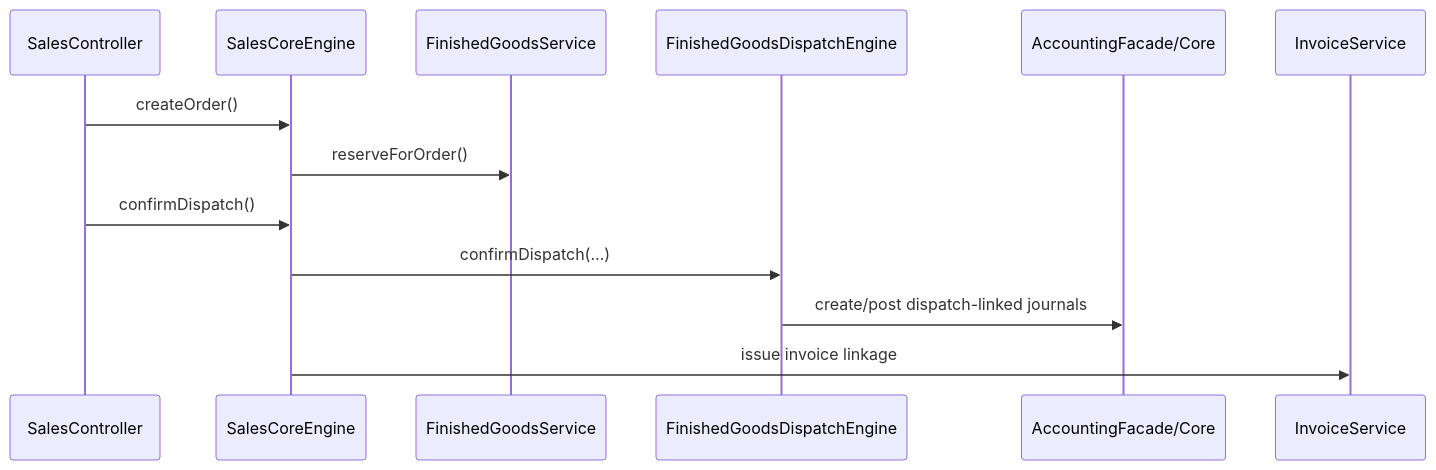
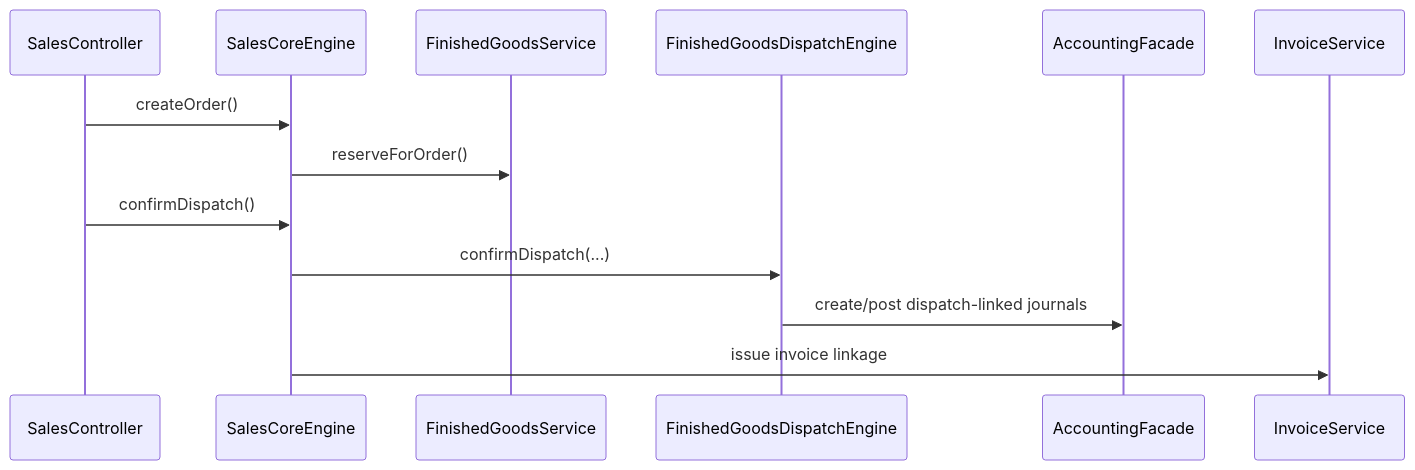
One commit to anasibnanwar-XYE/bigbrightpaints-erp changed the second of 8 diagrams in docs/ARCHITECTURE.md. Above: the diagram before and after it, drawn with Mermaid. The commit also changed other lines of this file and 2 other files, not shown here.

First line of the commit message:
docs(accounting): point guidance at live facade seams

````diff
--- a/docs/ARCHITECTURE.md
+++ b/docs/ARCHITECTURE.md
@@ -57,16 +57,16 @@
 ```mermaid
 sequenceDiagram
     participant C as SalesController
     participant S as SalesCoreEngine
     participant I as FinishedGoodsService
     participant D as FinishedGoodsDispatchEngine
-    participant A as AccountingFacade/Core
+    participant A as AccountingFacade
     participant V as InvoiceService
 
     C->>S: createOrder()
     S->>I: reserveForOrder()
     C->>S: confirmDispatch()
     S->>D: confirmDispatch(...)
     D->>A: create/post dispatch-linked journals
     S->>V: issue invoice linkage
 ```
````
